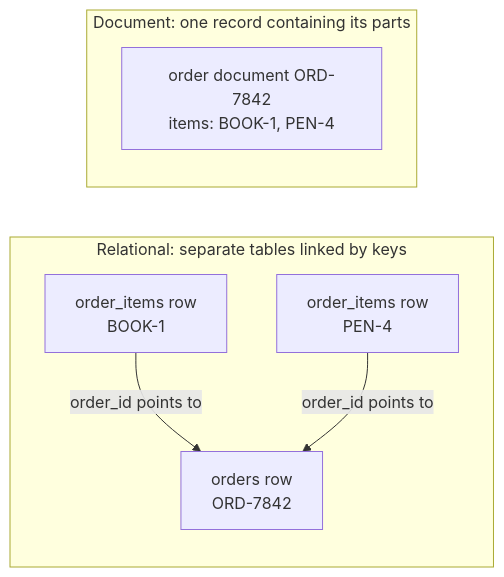
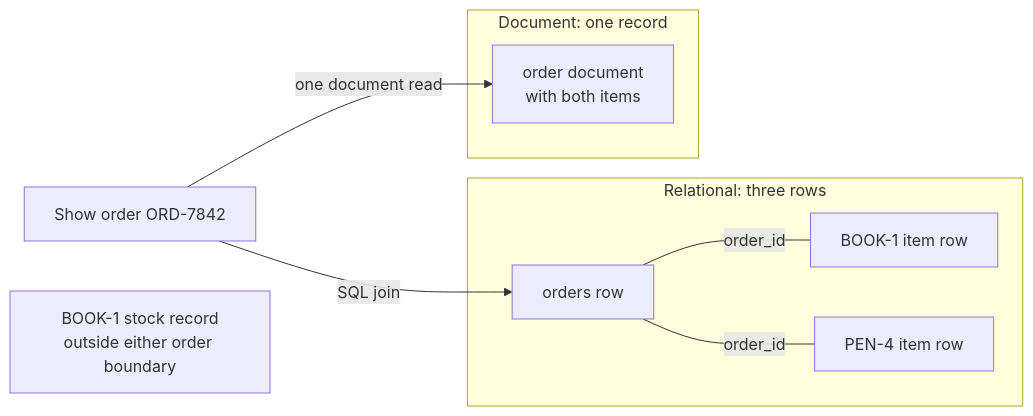
The diagram in knowledge/databases/relational-vs-document-databases.md (David-A18/MY-humble-knowledge-for-everyone), drawn with Mermaid before and after one commit. The commit also changed other lines of this file and 6 other files, not shown here.

Commit message:
Clarify relational and document database tradeoffs

````diff
--- a/knowledge/databases/relational-vs-document-databases.md
+++ b/knowledge/databases/relational-vs-document-databases.md
@@ -183,13 +246,17 @@
 ```mermaid
 flowchart LR
-  subgraph rel["Relational: separate tables linked by keys"]
-    o["orders row<br/>ORD-7842"]
-    i1["order_items row<br/>BOOK-1"]
-    i2["order_items row<br/>PEN-4"]
-    i1 -- "order_id points to" --> o
-    i2 -- "order_id points to" --> o
+  page["Show order ORD-7842"]
+  subgraph rel["Relational: three rows"]
+    o["orders row"]
+    i1["BOOK-1 item row"]
+    i2["PEN-4 item row"]
   end
-  subgraph doc["Document: one record containing its parts"]
-    d["order document ORD-7842<br/>items: BOOK-1, PEN-4"]
+  subgraph doc["Document: one record"]
+    d["order document<br/>with both items"]
   end
+  page -- "SQL join" --> o
+  o -- "order_id" --- i1
+  o -- "order_id" --- i2
+  page -- "one document read" --> d
+  stock["BOOK-1 stock record<br/>outside either order boundary"]
 ```
````
